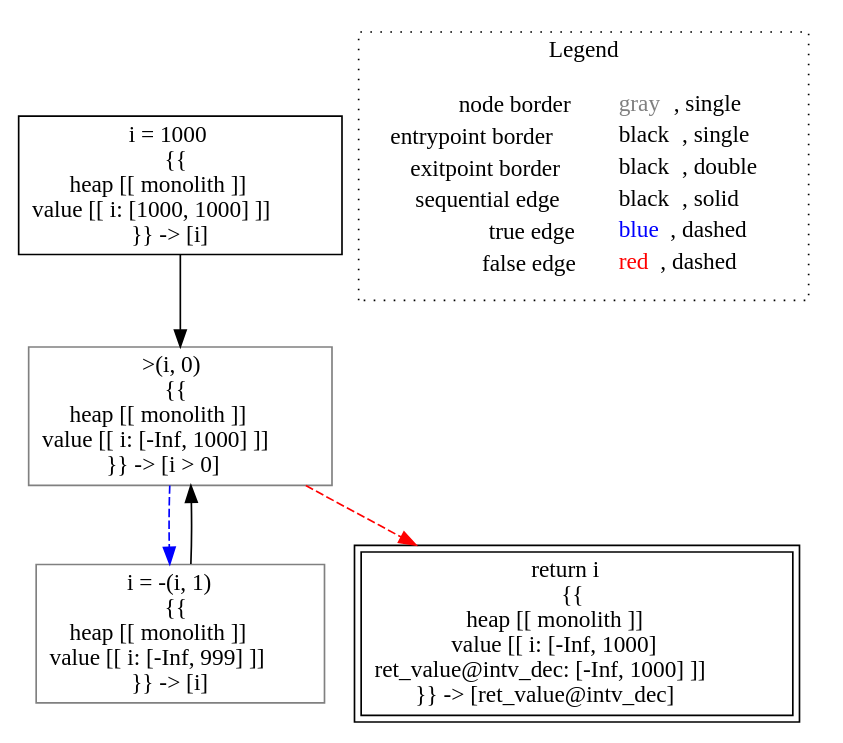
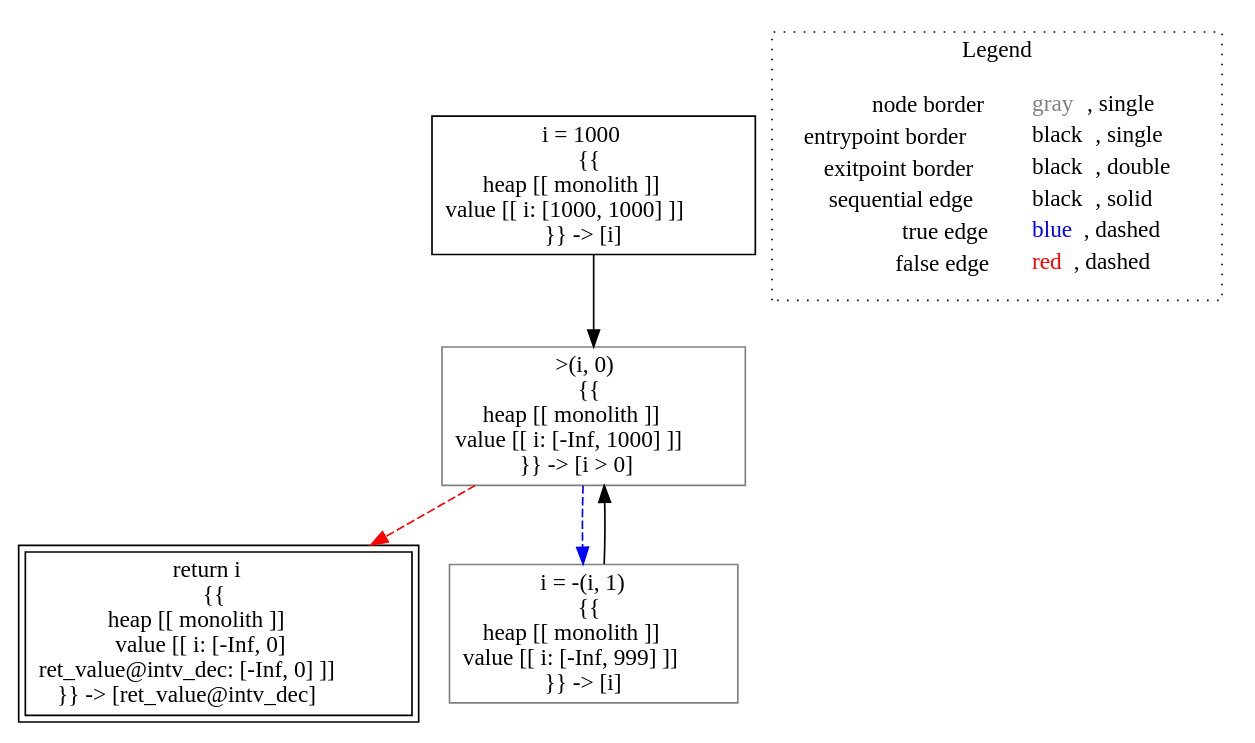
One commit to lisa-analyzer/lisa changed the diagram in lisa/imp-testcases/interval/analysis___untyped_tutorial.intv_dec(tutorial_this).dot. Above: the diagram before and after it, drawn with Graphviz. The commit also changed 14 other files, not shown here.

```diff
--- a/lisa/imp-testcases/interval/analysis___untyped_tutorial.intv_dec(tutorial_this).dot
+++ b/lisa/imp-testcases/interval/analysis___untyped_tutorial.intv_dec(tutorial_this).dot
@@ -1,17 +1,17 @@
 digraph {
 	"node0" [shape="rect",color="black",label=<i = 1000<BR/>{{<BR/>heap [[ monolith ]]<BR/>value [[ i: [1000, 1000] ]]<BR/>}} -&gt; [i]>];
-	"node1" [shape="rect",color="gray",label=<i = -(i, 1)<BR/>{{<BR/>heap [[ monolith ]]<BR/>value [[ i: [-Inf, 999] ]]<BR/>}} -&gt; [i]>];
-	"node2" [shape="rect",color="black",peripheries="2",label=<return i<BR/>{{<BR/>heap [[ monolith ]]<BR/>value [[ i: [-Inf, 1000]<BR/>ret_value@intv_dec: [-Inf, 1000] ]]<BR/>}} -&gt; [ret_value@intv_dec]>];
-	"node3" [shape="rect",color="gray",label=<&gt;(i, 0)<BR/>{{<BR/>heap [[ monolith ]]<BR/>value [[ i: [-Inf, 1000] ]]<BR/>}} -&gt; [i &gt; 0]>];
-	"node1" -> "node3" [color="black"];
-	"node0" -> "node3" [color="black"];
-	"node3" -> "node1" [color="blue",style="dashed"];
-	"node3" -> "node2" [color="red",style="dashed"];
+	"node1" [shape="rect",color="black",peripheries="2",label=<return i<BR/>{{<BR/>heap [[ monolith ]]<BR/>value [[ i: [-Inf, 0]<BR/>ret_value@intv_dec: [-Inf, 0] ]]<BR/>}} -&gt; [ret_value@intv_dec]>];
+	"node2" [shape="rect",color="gray",label=<&gt;(i, 0)<BR/>{{<BR/>heap [[ monolith ]]<BR/>value [[ i: [-Inf, 1000] ]]<BR/>}} -&gt; [i &gt; 0]>];
+	"node3" [shape="rect",color="gray",label=<i = -(i, 1)<BR/>{{<BR/>heap [[ monolith ]]<BR/>value [[ i: [-Inf, 999] ]]<BR/>}} -&gt; [i]>];
+	"node2" -> "node1" [color="red",style="dashed"];
+	"node2" -> "node3" [color="blue",style="dashed"];
+	"node3" -> "node2" [color="black"];
+	"node0" -> "node2" [color="black"];
 subgraph cluster_legend {
 	label="Legend";
 	style=dotted;
 	node [shape=plaintext];
 	"legend" [label=<<table border="0" cellpadding="2" cellspacing="0" cellborder="0"><tr><td align="right">node border&nbsp;</td><td align="left"><font color="gray">gray</font>, single</td></tr><tr><td align="right">entrypoint border&nbsp;</td><td align="left"><font color="black">black</font>, single</td></tr><tr><td align="right">exitpoint border&nbsp;</td><td align="left"><font color="black">black</font>, double</td></tr><tr><td align="right">sequential edge&nbsp;</td><td align="left"><font color="black">black</font>, solid</td></tr><tr><td align="right">true edge&nbsp;</td><td align="left"><font color="blue">blue</font>, dashed</td></tr><tr><td align="right">false edge&nbsp;</td><td align="left"><font color="red">red</font>, dashed</td></tr></table>>];
 }
 
 }
```
